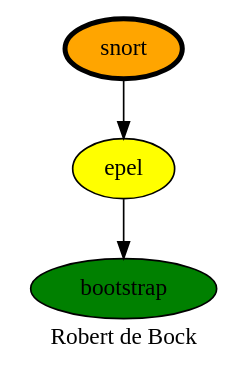
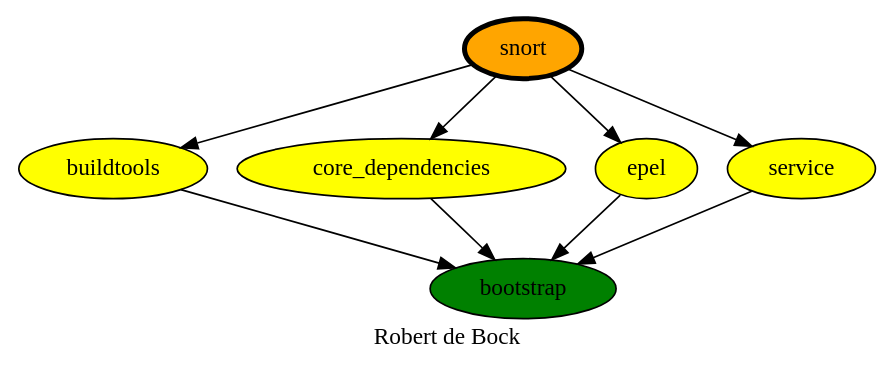
One commit to robertdebock/drawings changed the diagram in snort.dot. Above: the diagram before and after it, drawn with Graphviz. The commit also changed 1 other file, not shown here.

```diff
--- a/snort.dot
+++ b/snort.dot
@@ -1,11 +1,14 @@
 digraph PhiloDilemma {
   label = "Robert de Bock" ;
   overlap=false
   {
     bootstrap [fillcolor=green style=filled]
+    buildtools [fillcolor=yellow style=filled]
+    core_dependencies [fillcolor=yellow style=filled]
     epel [fillcolor=yellow style=filled]
+    service [fillcolor=yellow style=filled]
     snort [fillcolor=orange style=filled penwidth=3]
   }
-  snort -> epel
-  epel -> bootstrap
+  snort -> {buildtools core_dependencies epel service}
+  {buildtools core_dependencies epel service} -> bootstrap
 }
```
